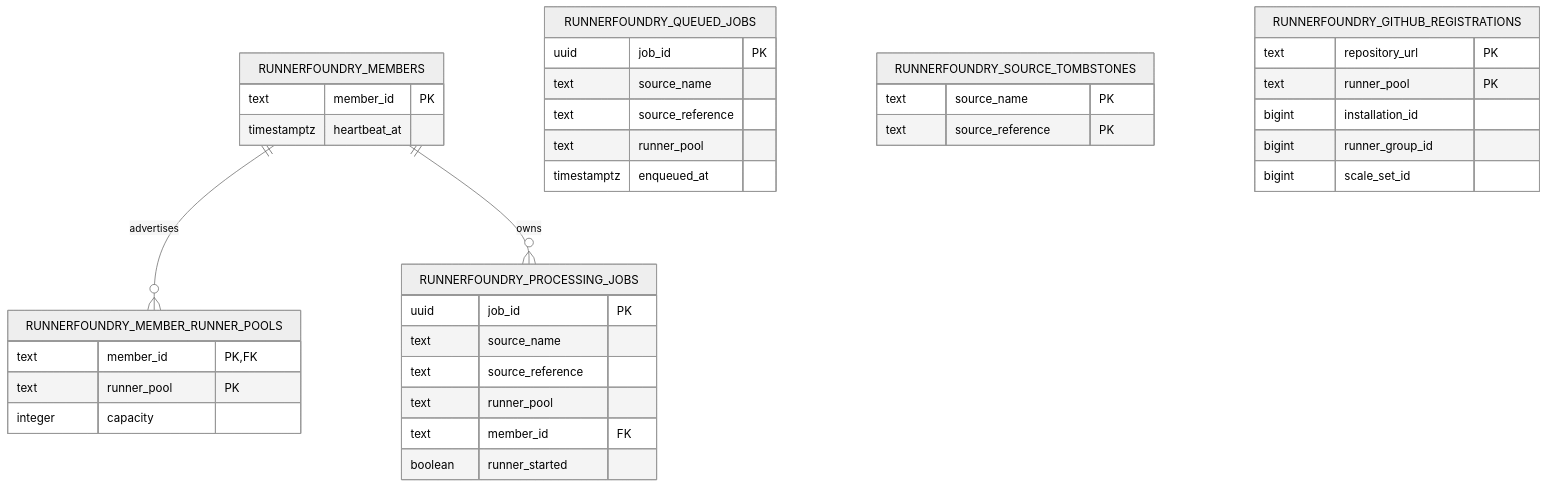
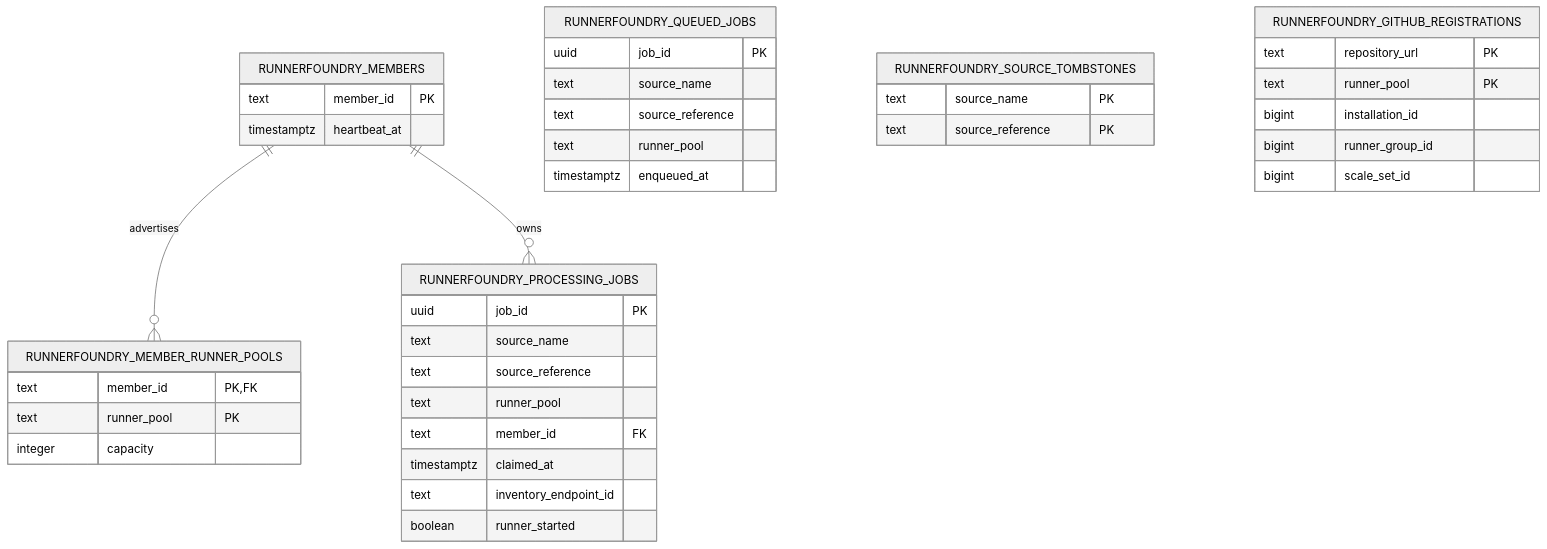
Before and after one commit to stateshifters/runnerfoundry: the first of 2 diagrams in docs/architecture.md, drawn with Mermaid (neutral theme). The commit also changed other lines of this file and 72 other files, not shown here.

````diff
--- a/docs/architecture.md
+++ b/docs/architecture.md
@@ -93,41 +95,43 @@
 ```mermaid
 erDiagram
     RUNNERFOUNDRY_MEMBERS ||--o{ RUNNERFOUNDRY_MEMBER_RUNNER_POOLS : advertises
     RUNNERFOUNDRY_MEMBERS ||--o{ RUNNERFOUNDRY_PROCESSING_JOBS : owns
 
     RUNNERFOUNDRY_MEMBERS {
         text member_id PK
         timestamptz heartbeat_at
     }
     RUNNERFOUNDRY_MEMBER_RUNNER_POOLS {
         text member_id PK,FK
         text runner_pool PK
         integer capacity
     }
     RUNNERFOUNDRY_QUEUED_JOBS {
         uuid job_id PK
         text source_name
         text source_reference
         text runner_pool
         timestamptz enqueued_at
     }
     RUNNERFOUNDRY_PROCESSING_JOBS {
         uuid job_id PK
         text source_name
         text source_reference
         text runner_pool
         text member_id FK
+        timestamptz claimed_at
+        text inventory_endpoint_id
         boolean runner_started
     }
     RUNNERFOUNDRY_SOURCE_TOMBSTONES {
         text source_name PK
         text source_reference PK
     }
     RUNNERFOUNDRY_GITHUB_REGISTRATIONS {
         text repository_url PK
         text runner_pool PK
         bigint installation_id
         bigint runner_group_id
         bigint scale_set_id
     }
 ```
````
